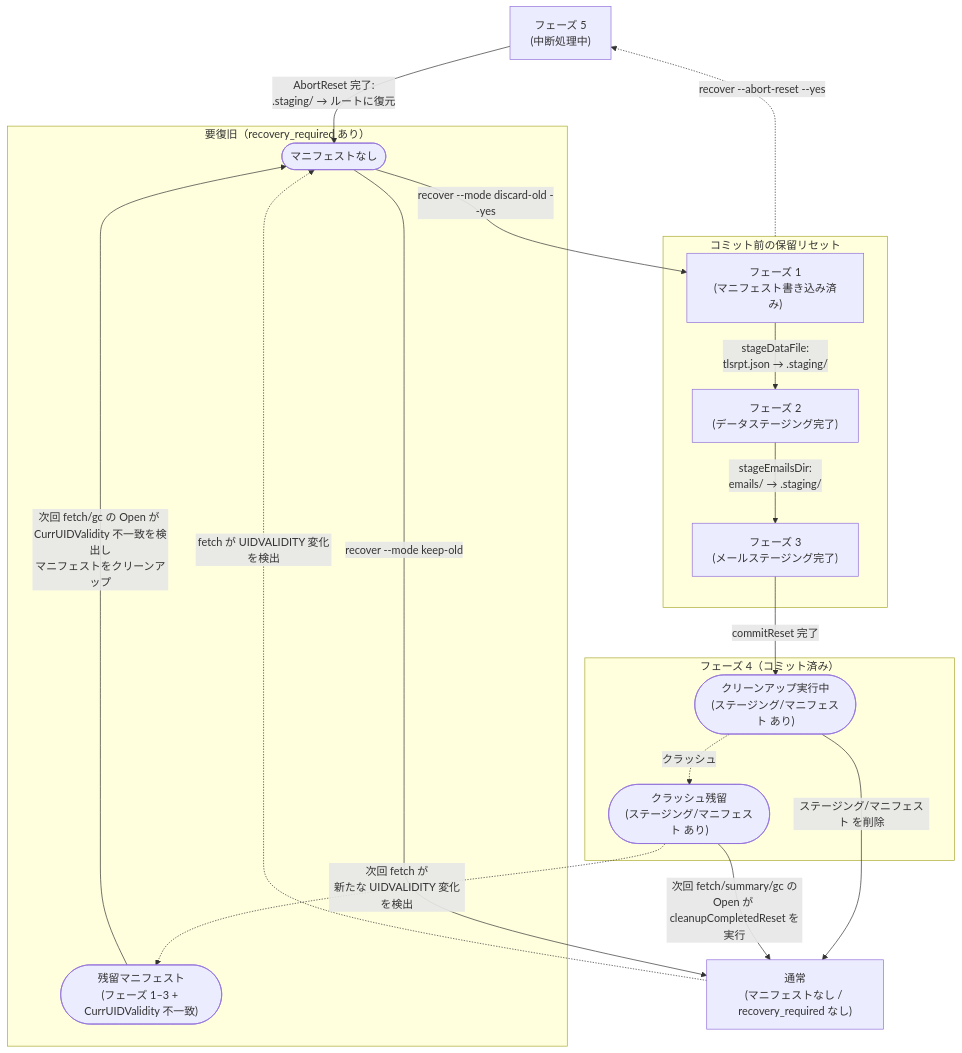
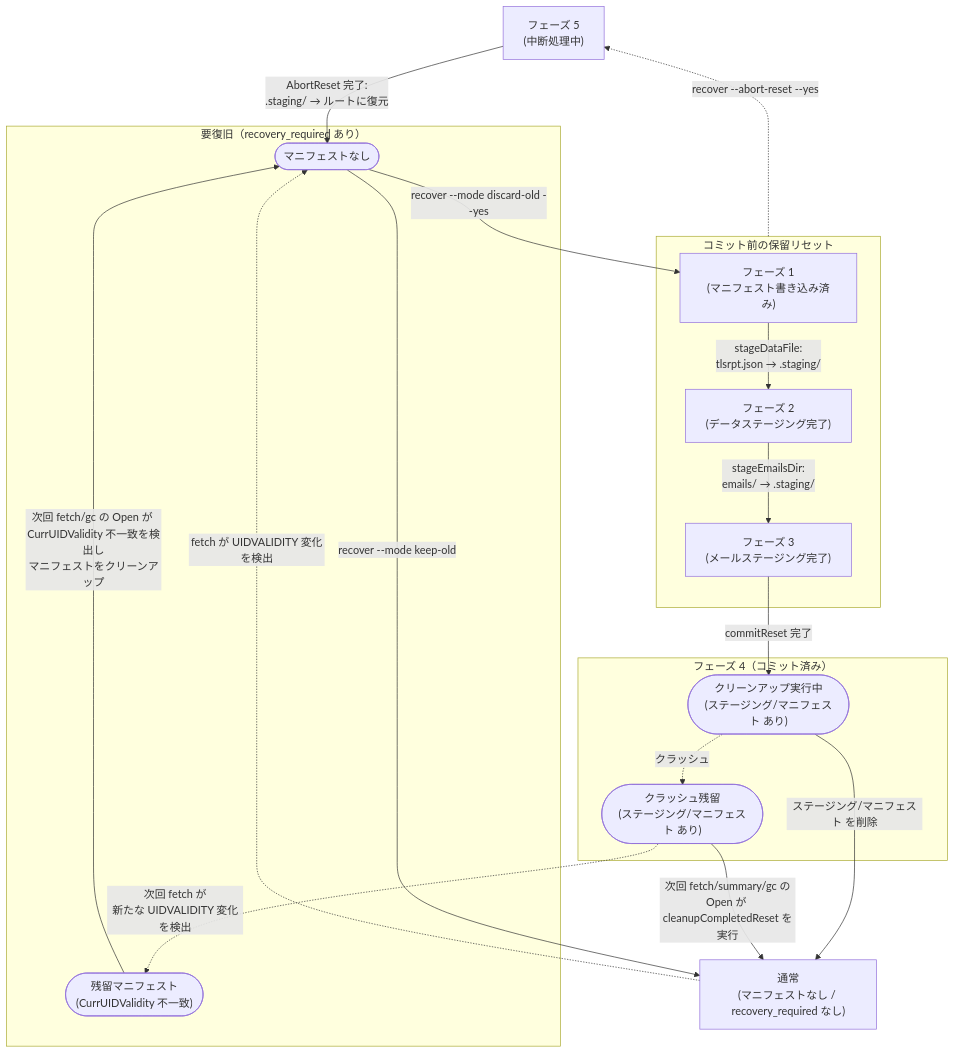
Before and after one commit to isseis/tlsrpt-digest: the diagram in docs/dev/adr/0003_reset_phase_design.ja.md, drawn with Mermaid.

Commit message:
docs(adr): fix StaleM node label in ADR-0003 state diagram
Remove the inaccurate「フェーズ 1–3」qualifier. StaleM is only reachable
from P4b, where the leftover manifest is at phase=committed (4), not
phases 1–3. The mismatch condition alone (CurrUIDValidity 不一致) is
the correct and sufficient characterization.

````diff
--- a/docs/dev/adr/0003_reset_phase_design.ja.md
+++ b/docs/dev/adr/0003_reset_phase_design.ja.md
@@ -89,36 +89,36 @@
 ```mermaid
 flowchart TD
     P5["フェーズ 5<br>(中断処理中)"]
 
     subgraph RecoveryReq["要復旧（recovery_required あり）"]
         RR(["マニフェストなし"])
-        StaleM(["残留マニフェスト<br>(フェーズ 1–3 + CurrUIDValidity 不一致)"])
+        StaleM(["残留マニフェスト<br>(CurrUIDValidity 不一致)"])
     end
 
     subgraph PendingReset["コミット前の保留リセット"]
         P1["フェーズ 1<br>(マニフェスト書き込み済み)"]
         P2["フェーズ 2<br>(データステージング完了)"]
         P3["フェーズ 3<br>(メールステージング完了)"]
     end
 
     subgraph Phase4["フェーズ 4（コミット済み）"]
         P4a(["クリーンアップ実行中<br>(ステージング/マニフェスト あり)"])
         P4b(["クラッシュ残留<br>(ステージング/マニフェスト あり)"])
     end
 
     Normal["通常<br>(マニフェストなし / recovery_required なし)"]
 
     RR -->|"recover --mode keep-old"| Normal
     RR -->|"recover --mode discard-old --yes"| P1
     P1 -->|"stageDataFile:<br>tlsrpt.json → .staging/"| P2
     P2 -->|"stageEmailsDir:<br>emails/ → .staging/"| P3
     P3 -->|"commitReset 完了"| P4a
     P4a -->|"ステージング/マニフェスト を削除"| Normal
     P4a -.->|"クラッシュ"| P4b
     P4b -->|"次回 fetch/summary/gc の<br>Open が cleanupCompletedReset を実行"| Normal
     P4b -.->|"次回 fetch が<br>新たな UIDVALIDITY 変化を検出"| StaleM
     StaleM -->|"次回 fetch/gc の Open が CurrUIDValidity 不一致を検出し<br>マニフェストをクリーンアップ"| RR
     PendingReset -.->|"recover --abort-reset --yes"| P5
     P5 -->|"AbortReset 完了:<br>.staging/ → ルートに復元"| RR
     Normal -.->|"fetch が UIDVALIDITY 変化を検出"| RR
 ```
````
